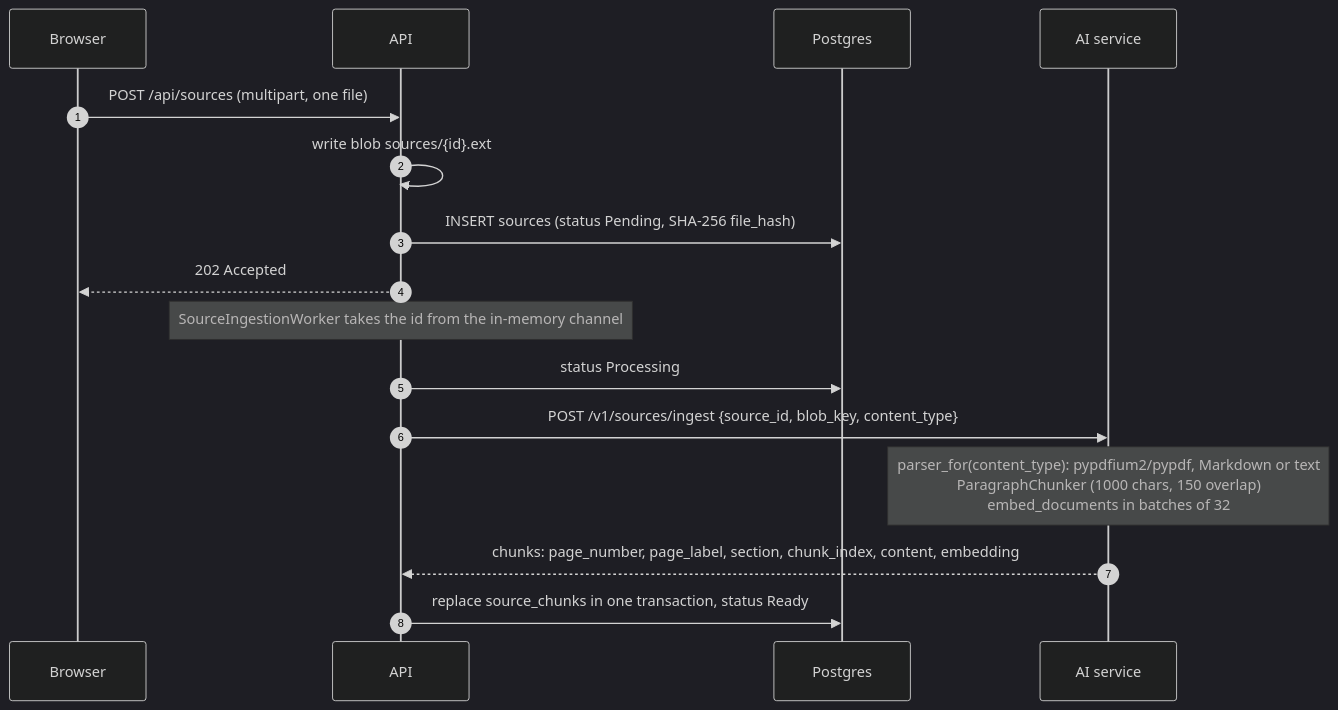
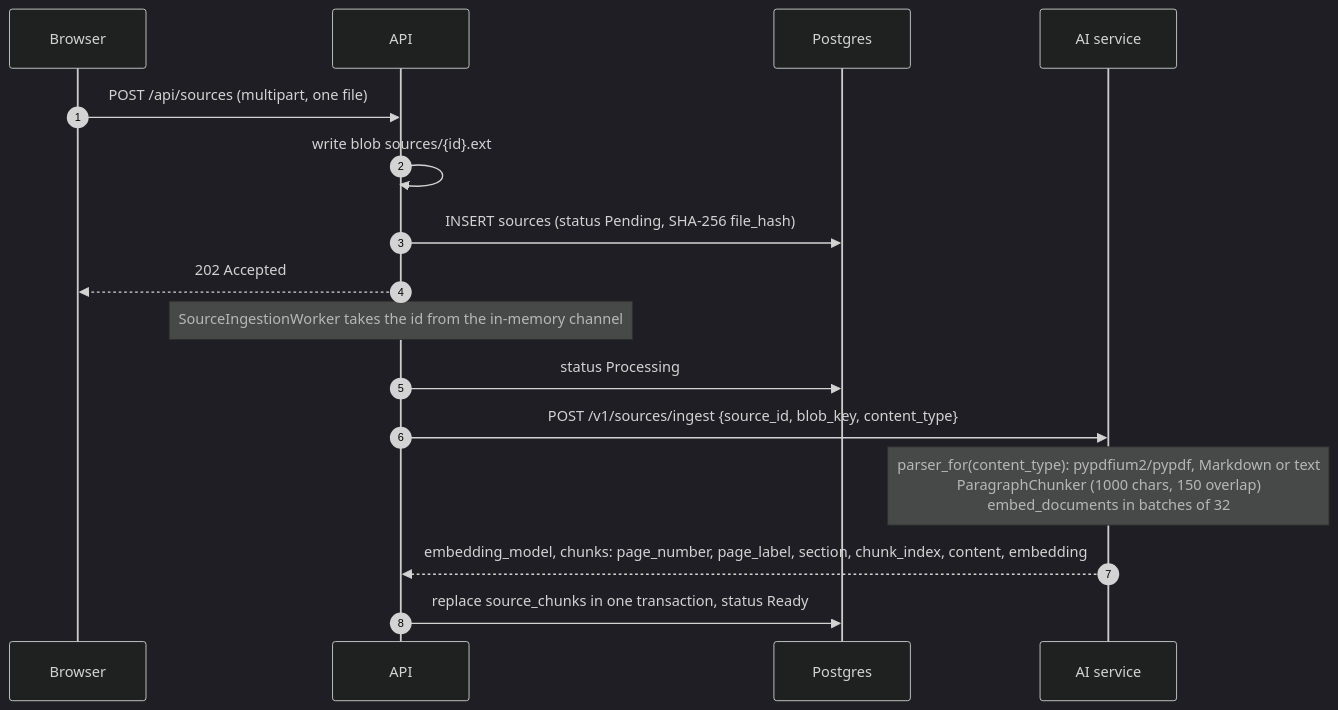
The second of 4 diagrams in docs/architecture.md (danielcrean4/talk-to-rag), drawn with Mermaid (dark theme) before and after one commit. The commit also changed other lines of this file and 10 other files, not shown here.

First line of the commit message:
Record the embedding model the AI service used

````diff
--- a/docs/architecture.md
+++ b/docs/architecture.md
@@ -51,19 +51,19 @@
 ```mermaid
 sequenceDiagram
     autonumber
     participant UI as Browser
     participant Api as API
     participant Db as Postgres
     participant Ai as AI service
 
     UI->>Api: POST /api/sources (multipart, one file)
     Api->>Api: write blob sources/{id}.ext
     Api->>Db: INSERT sources (status Pending, SHA-256 file_hash)
     Api-->>UI: 202 Accepted
     Note over Api: SourceIngestionWorker takes the id from the in-memory channel
     Api->>Db: status Processing
     Api->>Ai: POST /v1/sources/ingest {source_id, blob_key, content_type}
     Note over Ai: parser_for(content_type): pypdfium2/pypdf, Markdown or text<br/>ParagraphChunker (1000 chars, 150 overlap)<br/>embed_documents in batches of 32
-    Ai-->>Api: chunks: page_number, page_label, section, chunk_index, content, embedding
+    Ai-->>Api: embedding_model, chunks: page_number, page_label, section, chunk_index, content, embedding
     Api->>Db: replace source_chunks in one transaction, status Ready
 ```
````
